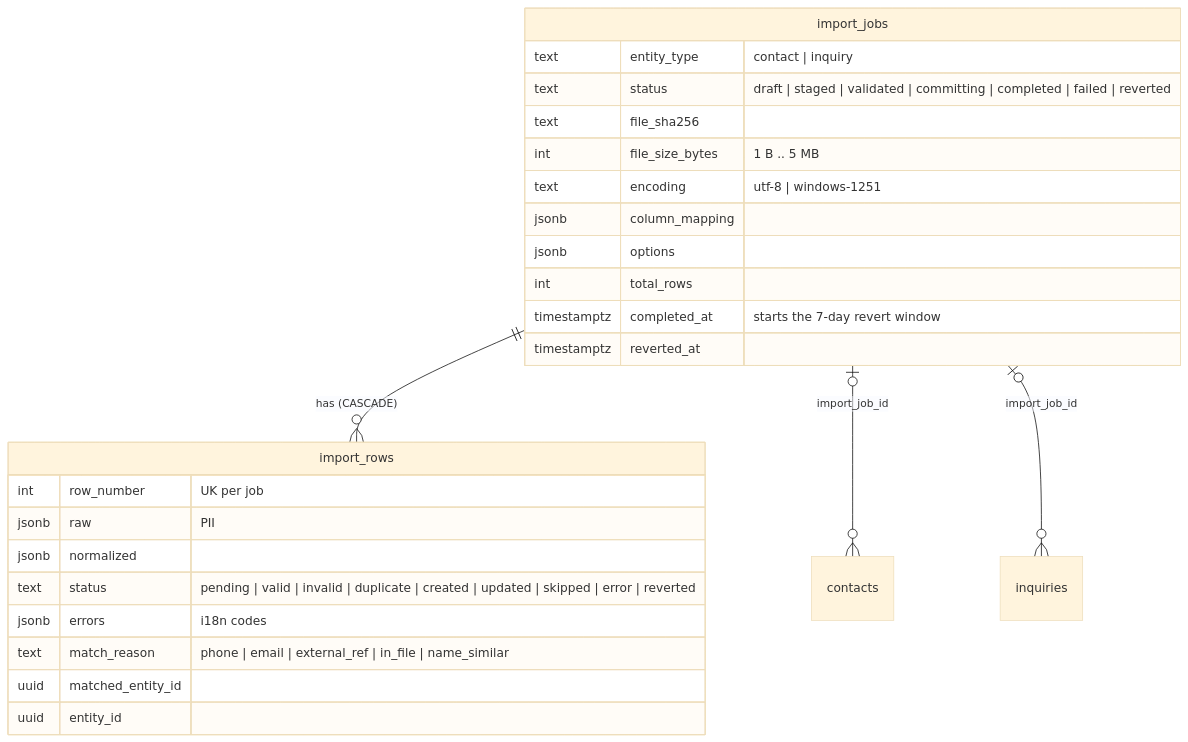
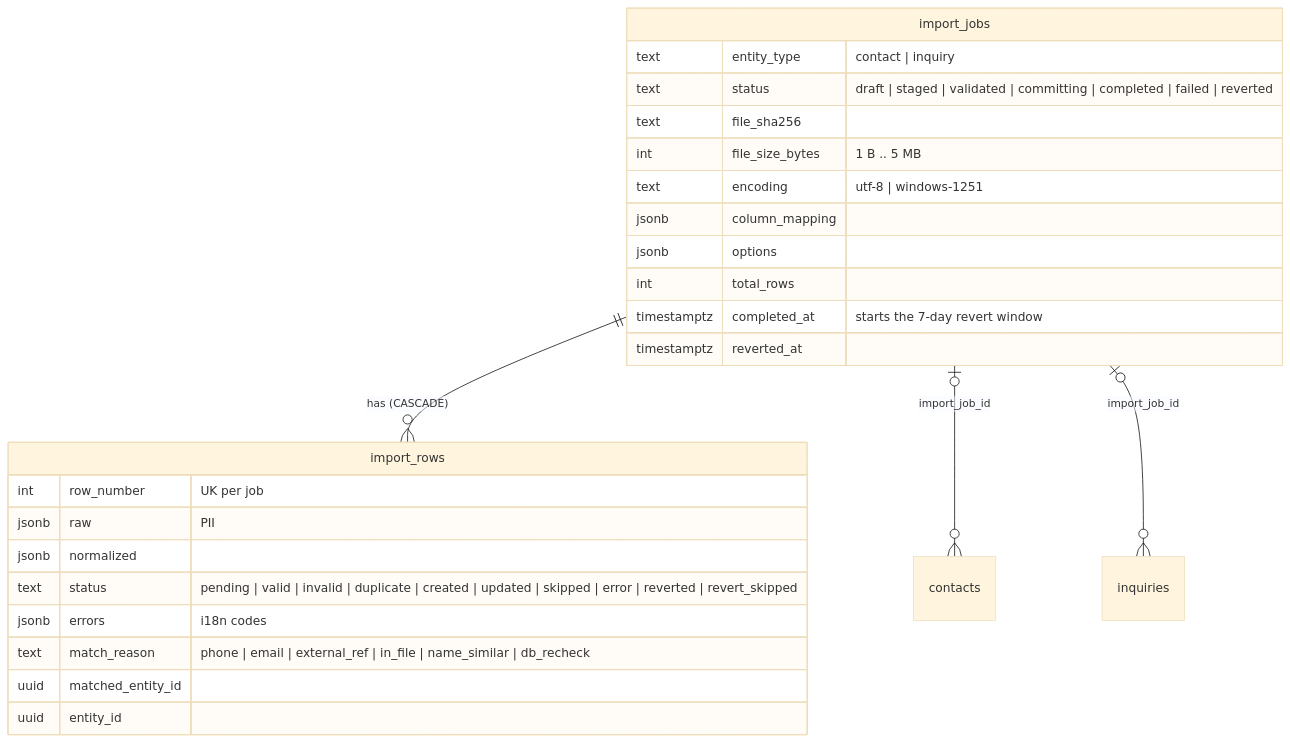
One commit to dreaminglory/retail_broker_CRM changed the sixth of 11 diagrams in docs/domain-model.md. Above: the diagram before and after it, drawn with Mermaid (base theme). The commit also changed other lines of this file and 15 other files, not shown here.

````diff
--- a/docs/domain-model.md
+++ b/docs/domain-model.md
@@ -243,29 +243,29 @@
 ```mermaid
 erDiagram
   import_jobs ||--o{ import_rows : "has (CASCADE)"
   import_jobs |o--o{ contacts : "import_job_id"
   import_jobs |o--o{ inquiries : "import_job_id"
 
   import_jobs {
     text entity_type "contact | inquiry"
     text status "draft | staged | validated | committing | completed | failed | reverted"
     text file_sha256
     int file_size_bytes "1 B .. 5 MB"
     text encoding "utf-8 | windows-1251"
     jsonb column_mapping
     jsonb options
     int total_rows
     timestamptz completed_at "starts the 7-day revert window"
     timestamptz reverted_at
   }
   import_rows {
     int row_number "UK per job"
     jsonb raw "PII"
     jsonb normalized
-    text status "pending | valid | invalid | duplicate | created | updated | skipped | error | reverted"
+    text status "pending | valid | invalid | duplicate | created | updated | skipped | error | reverted | revert_skipped"
     jsonb errors "i18n codes"
-    text match_reason "phone | email | external_ref | in_file | name_similar"
+    text match_reason "phone | email | external_ref | in_file | name_similar | db_recheck"
     uuid matched_entity_id
     uuid entity_id
   }
 ```
````
